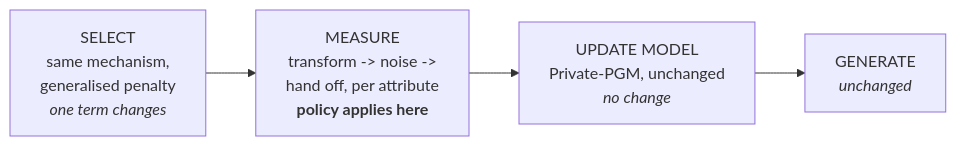
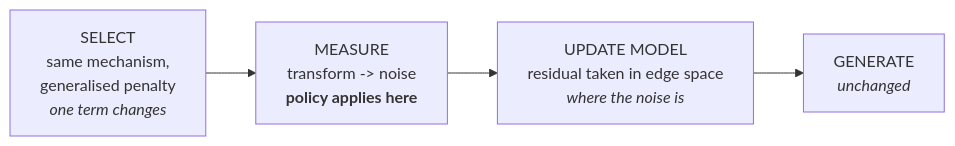
The second of 3 diagrams in docs/policy-aware-aim-spec.md (gauthamramesh3110/blowfish-aim-adult), drawn with Mermaid before and after one commit. The commit also changed other lines of this file and 13 other files, not shown here.

````diff
--- a/docs/policy-aware-aim-spec.md
+++ b/docs/policy-aware-aim-spec.md
@@ -318,7 +193,7 @@
 ```mermaid
 flowchart LR
 A["SELECT<br/>same mechanism,<br/>generalised penalty<br/><i>one term changes</i>"]
-      --> B["MEASURE<br/>transform -> noise -><br/>hand off, per attribute<br/><b>policy applies here</b>"]
-B --> C["UPDATE MODEL<br/>Private-PGM, unchanged<br/><i>no change</i>"]
+      --> B["MEASURE<br/>transform -> noise<br/><b>policy applies here</b>"]
+B --> C["UPDATE MODEL<br/>residual taken in edge space<br/><i>where the noise is</i>"]
 C --> D["GENERATE<br/><i>unchanged</i>"]
 ```
````
